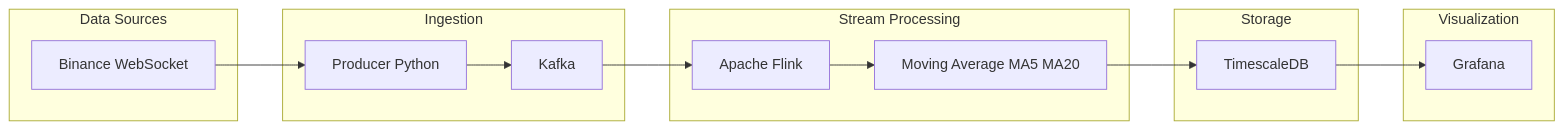
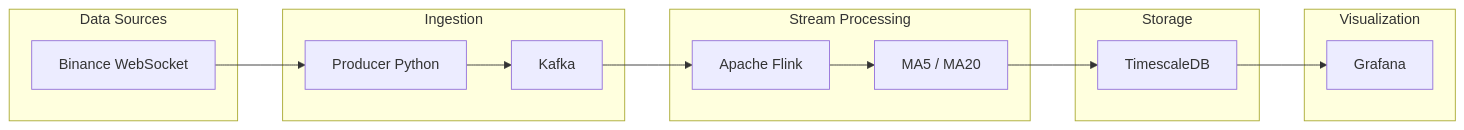
Before and after one commit to Diiisdead/Realtime-Crypto-Pipeline: the first of 5 diagrams in ARCHITECTURE.md, drawn with Mermaid. The commit also changed other lines of this file and 8 other files, not shown here.

Commit message:
docs: add the architecture diagram for docs

````diff
--- a/ARCHITECTURE.md
+++ b/ARCHITECTURE.md
@@ -7,21 +11,21 @@
 ```mermaid
 flowchart LR
   subgraph sources [Data Sources]
     Binance[Binance WebSocket]
   end
   subgraph ingestion [Ingestion]
     Producer[Producer Python]
     Kafka[Kafka]
   end
   subgraph processing [Stream Processing]
     Flink[Apache Flink]
-    MA[Moving Average MA5 MA20]
+    MA[MA5 / MA20]
   end
   subgraph storage [Storage]
     TimescaleDB[TimescaleDB]
   end
   subgraph viz [Visualization]
     Grafana[Grafana]
   end
   Binance --> Producer --> Kafka --> Flink --> MA --> TimescaleDB --> Grafana
 ```
````
